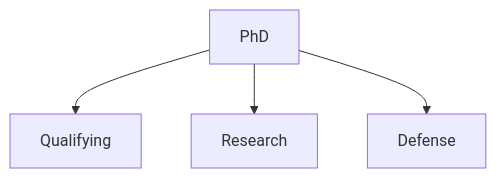
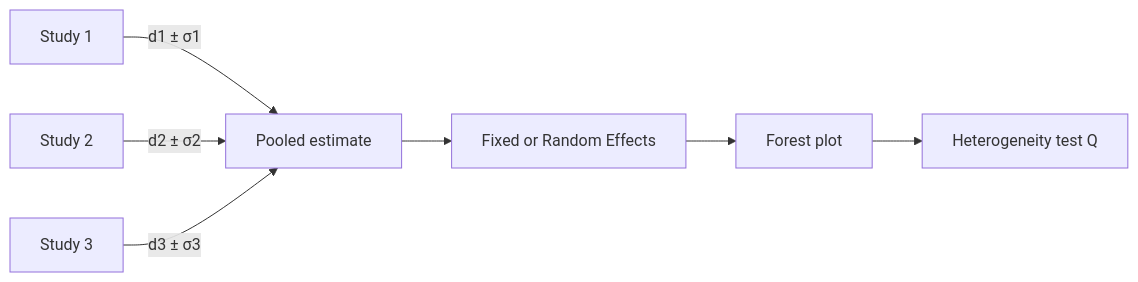
One commit to yip-lgtm/PhysicsSelfStudy changed the fifth of 6 diagrams in 04_MPhil_PhD_Prep/literature_reviews/README.md. Above: the diagram before and after it, drawn with Mermaid. The commit also changed other lines of this file and 17 other files, not shown here.

````diff
--- a/04_MPhil_PhD_Prep/literature_reviews/README.md
+++ b/04_MPhil_PhD_Prep/literature_reviews/README.md
@@ -136,6 +584,9 @@
 ```mermaid
-graph TD
-    A[PhD] --> B[Qualifying]
-    A --> C[Research]
-    A --> D[Defense]
+graph LR
+    A[Study 1] -->|d1 ± σ1| E[Pooled estimate]
+    B[Study 2] -->|d2 ± σ2| E
+    C[Study 3] -->|d3 ± σ3| E
+    E --> F[Fixed or Random Effects]
+    F --> G[Forest plot]
+    G --> H[Heterogeneity test Q]
 ```
````
